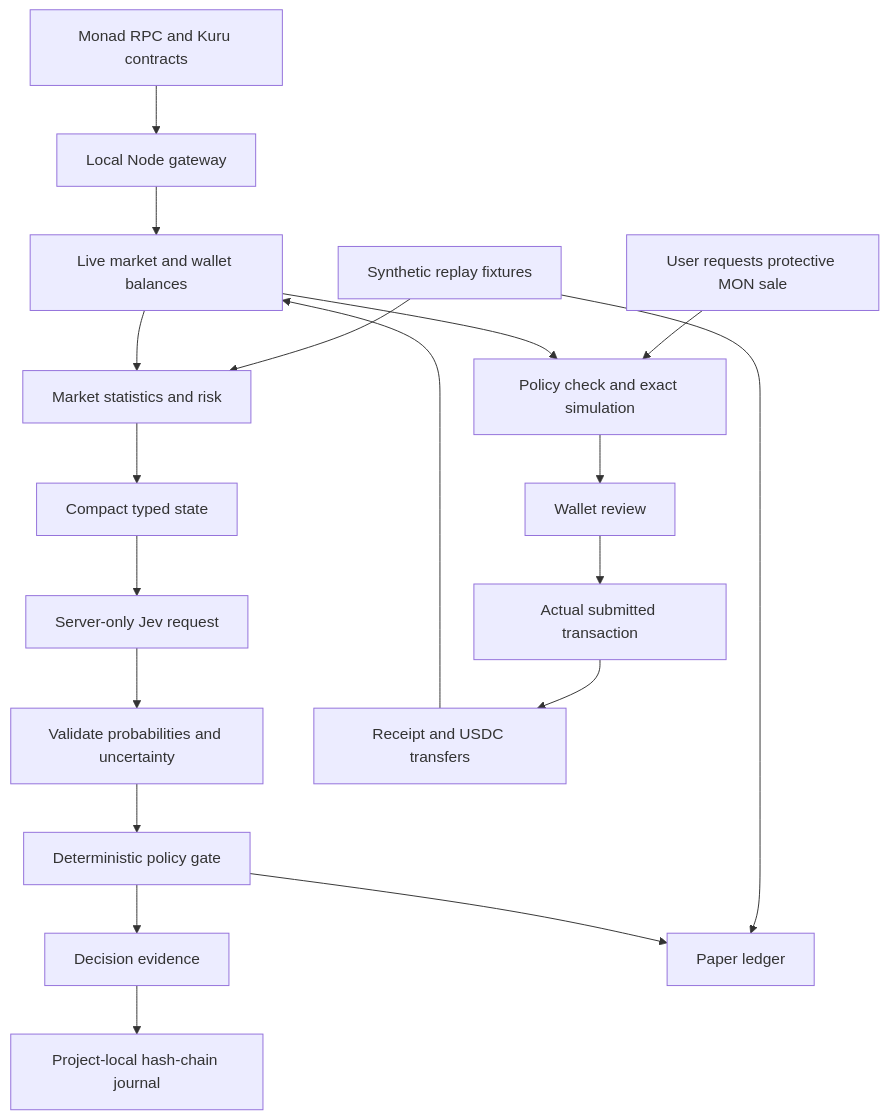
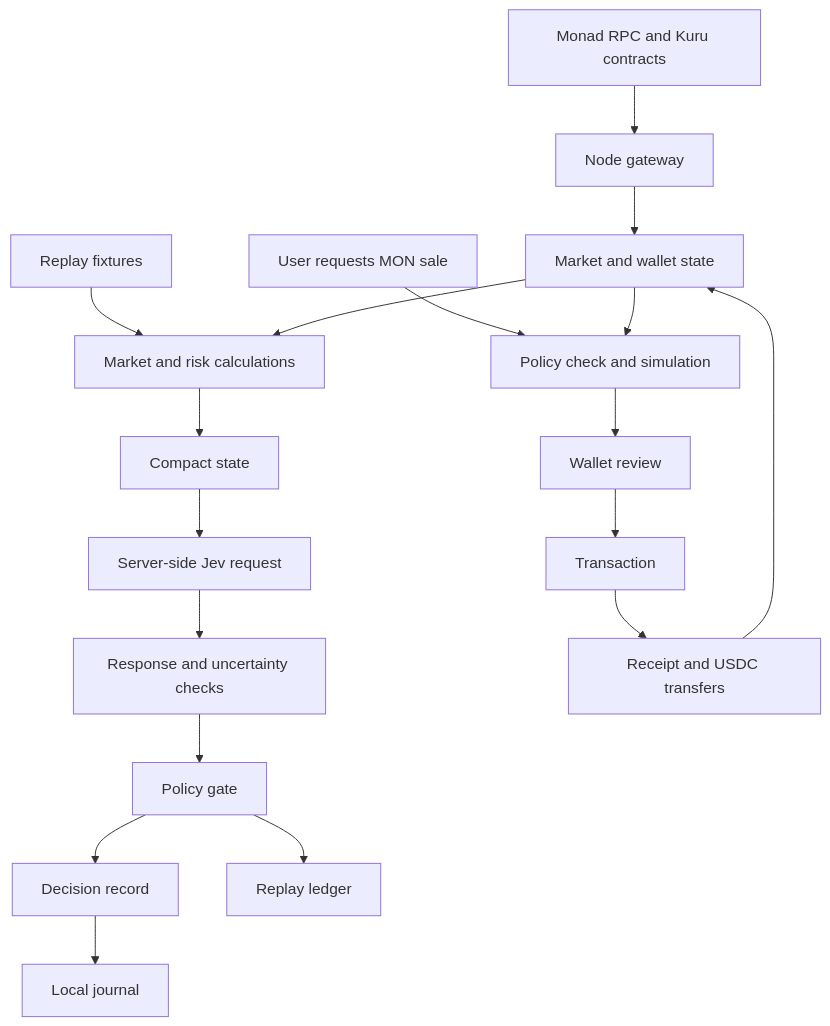
Before and after one commit to arnab013/AEGIS-Autonomous-Risk-Execution-Layer-on-Monad: the diagram in docs/architecture.md, drawn with Mermaid. The commit also changed other lines of this file and 72 other files, not shown here.

Commit message:
Deploy verified risk terminal on Cloudflare and tighten trade review

````diff
--- a/docs/architecture.md
+++ b/docs/architecture.md
@@ -5,21 +5,20 @@
-~~~mermaid
+```mermaid
 flowchart TD
-  RPC[Monad RPC and Kuru contracts] --> Gateway[Local Node gateway]
-  Gateway --> Live[Live market and wallet balances]
-  Fixtures[Synthetic replay fixtures] --> Math[Market statistics and risk]
+  RPC[Monad RPC and Kuru contracts] --> Gateway[Node gateway]
+  Gateway --> Live[Market and wallet state]
+  Fixtures[Replay fixtures] --> Math[Market and risk calculations]
   Live --> Math
-  Math --> State[Compact typed state]
-  State --> Model[Server-only Jev request]
-  Model --> Validate[Validate probabilities and uncertainty]
-  Validate --> Gate[Deterministic policy gate]
-  Gate --> Evidence[Decision evidence]
-  Evidence --> Journal[Project-local hash-chain journal]
-  Fixtures --> Paper[Paper ledger]
-  Gate --> Paper
-  User[User requests protective MON sale] --> Prepare[Policy check and exact simulation]
+  Math --> State[Compact state]
+  State --> Model[Server-side Jev request]
+  Model --> Validate[Response and uncertainty checks]
+  Validate --> Gate[Policy gate]
+  Gate --> Evidence[Decision record]
+  Evidence --> Journal[Local journal]
+  Gate --> Paper[Replay ledger]
+  User[User requests MON sale] --> Prepare[Policy check and simulation]
   Live --> Prepare
-  Prepare --> Review[Wallet review]
-  Review --> Chain[Actual submitted transaction]
+  Prepare --> Wallet[Wallet review]
+  Wallet --> Chain[Transaction]
   Chain --> Receipt[Receipt and USDC transfers]
   Receipt --> Live
-~~~
+```
````
